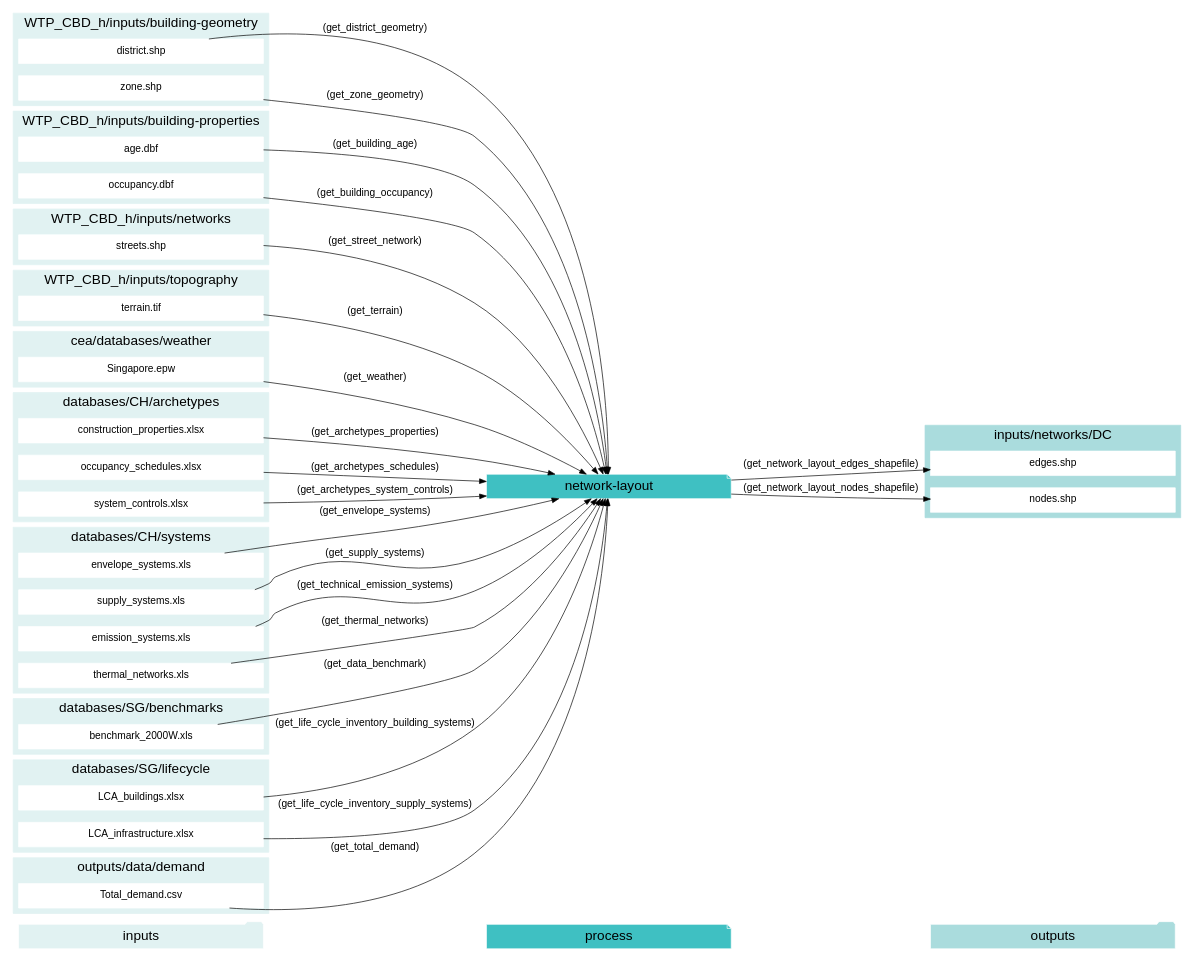
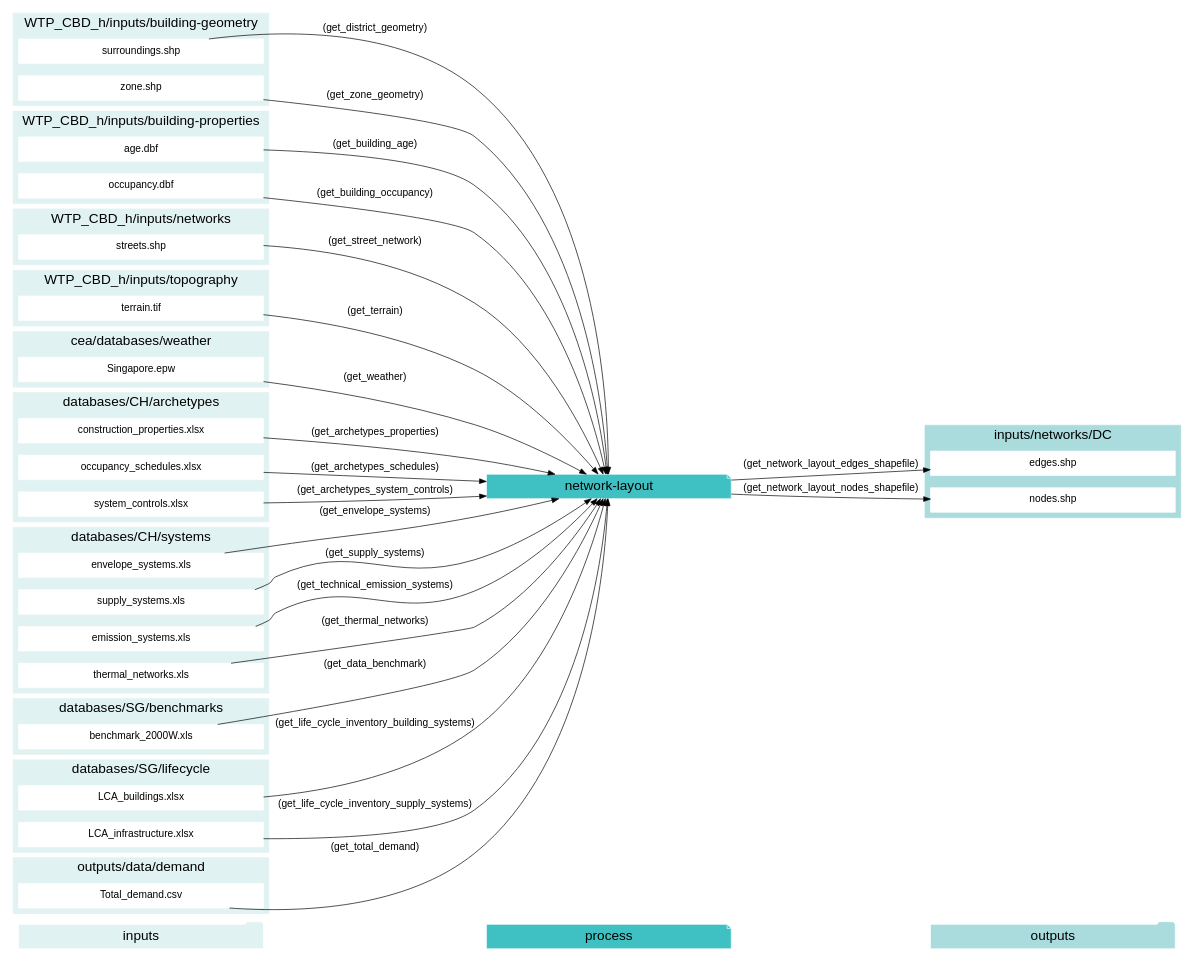
One commit to architecture-building-systems/CityEnergyAnalyst changed the diagram in docs/graphviz/network-layout.gv. Above: the diagram before and after it, drawn with Graphviz. The commit also changed 41 other files, not shown here.

Commit message:
renaming district to surroundings

```diff
--- a/docs/graphviz/network-layout.gv
+++ b/docs/graphviz/network-layout.gv
@@ -1,134 +1,134 @@
 digraph trace_inputlocator {
     rankdir="LR";
     graph [overlap=false, fontname=arial];
     node [shape=box, style=filled, color=white, fontsize=15, fontname=arial, fixedsize=true, width=5];
     edge [fontname=arial, fontsize = 15]
     newrank=true
     subgraph cluster_legend {
     fontsize=25
     style=invis
     "process"[style=filled, fillcolor="#3FC0C2", shape=note, fontsize=20, fontname="arial"]
     "inputs" [style=filled, shape=folder, color=white, fillcolor="#E1F2F2", fontsize=20]
     "outputs"[style=filled, shape=folder, color=white, fillcolor="#aadcdd", fontsize=20]
     "inputs"->"process"[style=invis]
     "process"->"outputs"[style=invis]
     }
     "network-layout"[style=filled, color=white, fillcolor="#3FC0C2", shape=note, fontsize=20, fontname=arial];
     subgraph cluster_0_in {
         style = filled;
         color = "#E1F2F2";
         fontsize = 20;
         rank=same;
         label="WTP_CBD_h/inputs/building-geometry";
-        "district.shp"
+        "surroundings.shp"
         "zone.shp"
     }
     subgraph cluster_1_in {
         style = filled;
         color = "#E1F2F2";
         fontsize = 20;
         rank=same;
         label="WTP_CBD_h/inputs/building-properties";
         "age.dbf"
         "occupancy.dbf"
     }
     subgraph cluster_2_in {
         style = filled;
         color = "#E1F2F2";
         fontsize = 20;
         rank=same;
         label="WTP_CBD_h/inputs/networks";
         "streets.shp"
     }
     subgraph cluster_3_in {
         style = filled;
         color = "#E1F2F2";
         fontsize = 20;
         rank=same;
         label="WTP_CBD_h/inputs/topography";
         "terrain.tif"
     }
     subgraph cluster_4_in {
         style = filled;
         color = "#E1F2F2";
         fontsize = 20;
         rank=same;
         label="cea/databases/weather";
         "Singapore.epw"
     }
     subgraph cluster_5_in {
         style = filled;
         color = "#E1F2F2";
         fontsize = 20;
         rank=same;
         label="databases/CH/archetypes";
         "construction_properties.xlsx"
         "occupancy_schedules.xlsx"
         "system_controls.xlsx"
     }
     subgraph cluster_6_in {
         style = filled;
         color = "#E1F2F2";
         fontsize = 20;
         rank=same;
         label="databases/CH/systems";
         "envelope_systems.xls"
         "supply_systems.xls"
         "emission_systems.xls"
         "thermal_networks.xls"
     }
     subgraph cluster_7_in {
         style = filled;
         color = "#E1F2F2";
         fontsize = 20;
         rank=same;
         label="databases/SG/benchmarks";
         "benchmark_2000W.xls"
     }
     subgraph cluster_8_in {
         style = filled;
         color = "#E1F2F2";
         fontsize = 20;
         rank=same;
         label="databases/SG/lifecycle";
         "LCA_buildings.xlsx"
         "LCA_infrastructure.xlsx"
     }
     subgraph cluster_9_out {
         style = filled;
         color = "#aadcdd";
         fontsize = 20;
         rank=same;
         label="inputs/networks/DC";
         "edges.shp"
         "nodes.shp"
     }
     subgraph cluster_10_in {
         style = filled;
         color = "#E1F2F2";
         fontsize = 20;
         rank=same;
         label="outputs/data/demand";
         "Total_demand.csv"
     }
     "construction_properties.xlsx" -> "network-layout"[label="(get_archetypes_properties)"]
     "occupancy_schedules.xlsx" -> "network-layout"[label="(get_archetypes_schedules)"]
     "system_controls.xlsx" -> "network-layout"[label="(get_archetypes_system_controls)"]
     "age.dbf" -> "network-layout"[label="(get_building_age)"]
     "occupancy.dbf" -> "network-layout"[label="(get_building_occupancy)"]
     "benchmark_2000W.xls" -> "network-layout"[label="(get_data_benchmark)"]
-    "district.shp" -> "network-layout"[label="(get_district_geometry)"]
+    "surroundings.shp" -> "network-layout"[label="(get_district_geometry)"]
     "envelope_systems.xls" -> "network-layout"[label="(get_envelope_systems)"]
     "LCA_buildings.xlsx" -> "network-layout"[label="(get_life_cycle_inventory_building_systems)"]
     "LCA_infrastructure.xlsx" -> "network-layout"[label="(get_life_cycle_inventory_supply_systems)"]
     "streets.shp" -> "network-layout"[label="(get_street_network)"]
     "supply_systems.xls" -> "network-layout"[label="(get_supply_systems)"]
     "emission_systems.xls" -> "network-layout"[label="(get_technical_emission_systems)"]
     "terrain.tif" -> "network-layout"[label="(get_terrain)"]
     "thermal_networks.xls" -> "network-layout"[label="(get_thermal_networks)"]
     "Total_demand.csv" -> "network-layout"[label="(get_total_demand)"]
     "Singapore.epw" -> "network-layout"[label="(get_weather)"]
     "zone.shp" -> "network-layout"[label="(get_zone_geometry)"]
     "network-layout" -> "edges.shp"[label="(get_network_layout_edges_shapefile)"]
     "network-layout" -> "nodes.shp"[label="(get_network_layout_nodes_shapefile)"]
     }
```
